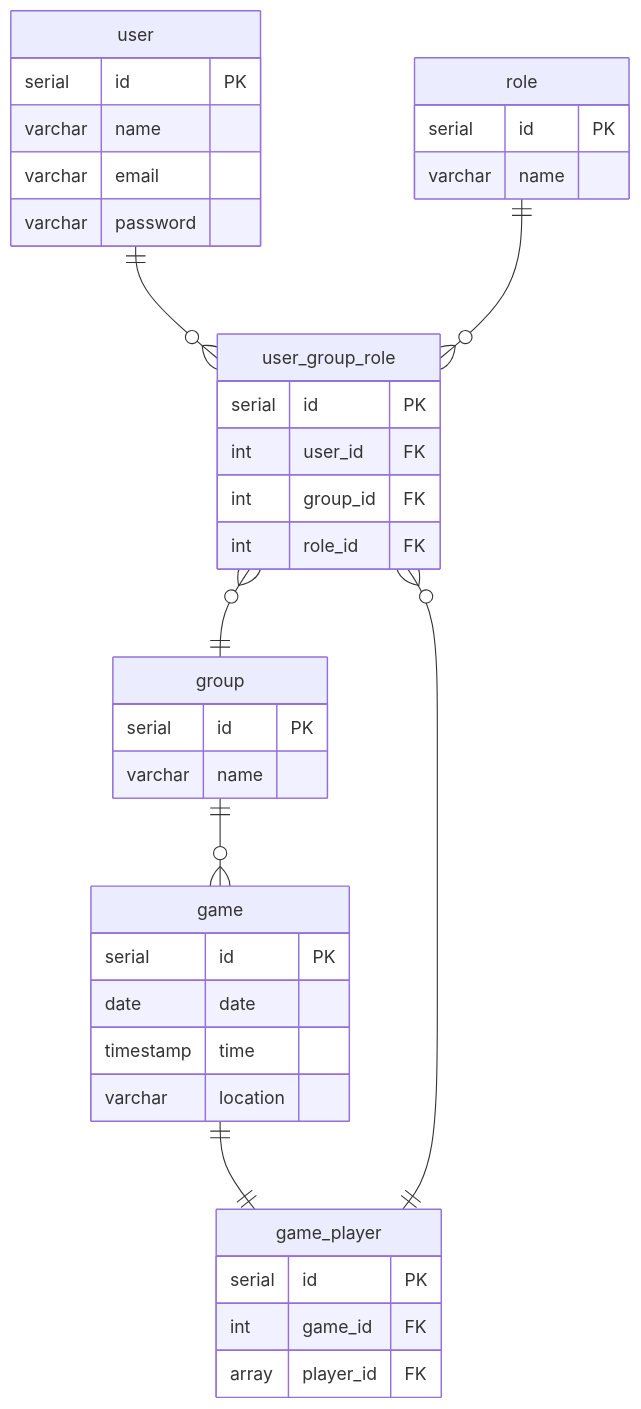
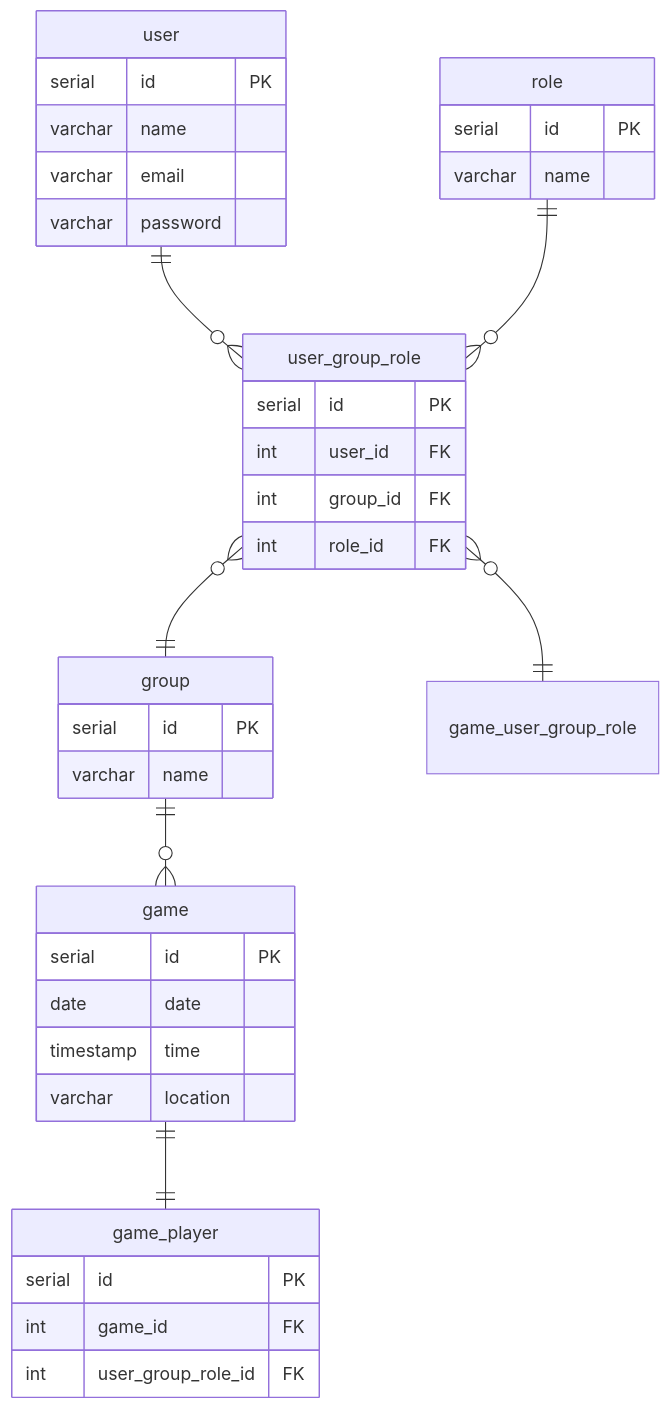
The second of 2 diagrams in README.md (MichaelM9/5-A-Side-Organiser), drawn with Mermaid before and after one commit.

Commit message:
ERD refactoring

````diff
--- a/README.md
+++ b/README.md
@@ -49,41 +49,41 @@
 ```mermaid
 erDiagram
 user ||--o{ user_group_role : ""
 role ||--o{ user_group_role: ""
 user_group_role }o--|| group : ""
 group ||--o{ game : ""
 game ||--|| game_player : ""
-user_group_role }o--|| game_player : ""
+user_group_role }o--|| game_user_group_role : ""
 
 user {
     serial id PK
     varchar name
     varchar email
     varchar password
 }
 role {
     serial id PK
     varchar name
 }
 user_group_role {
     serial id PK
     int user_id FK
     int group_id FK
     int role_id FK
 }
 group {
     serial id PK
     varchar name
 }
 game {
     serial id PK
     date date
     timestamp time
     varchar location
 }
 game_player {
     serial id PK
     int game_id FK
-    array player_id FK
+    int user_group_role_id FK
 }
 ```
````
